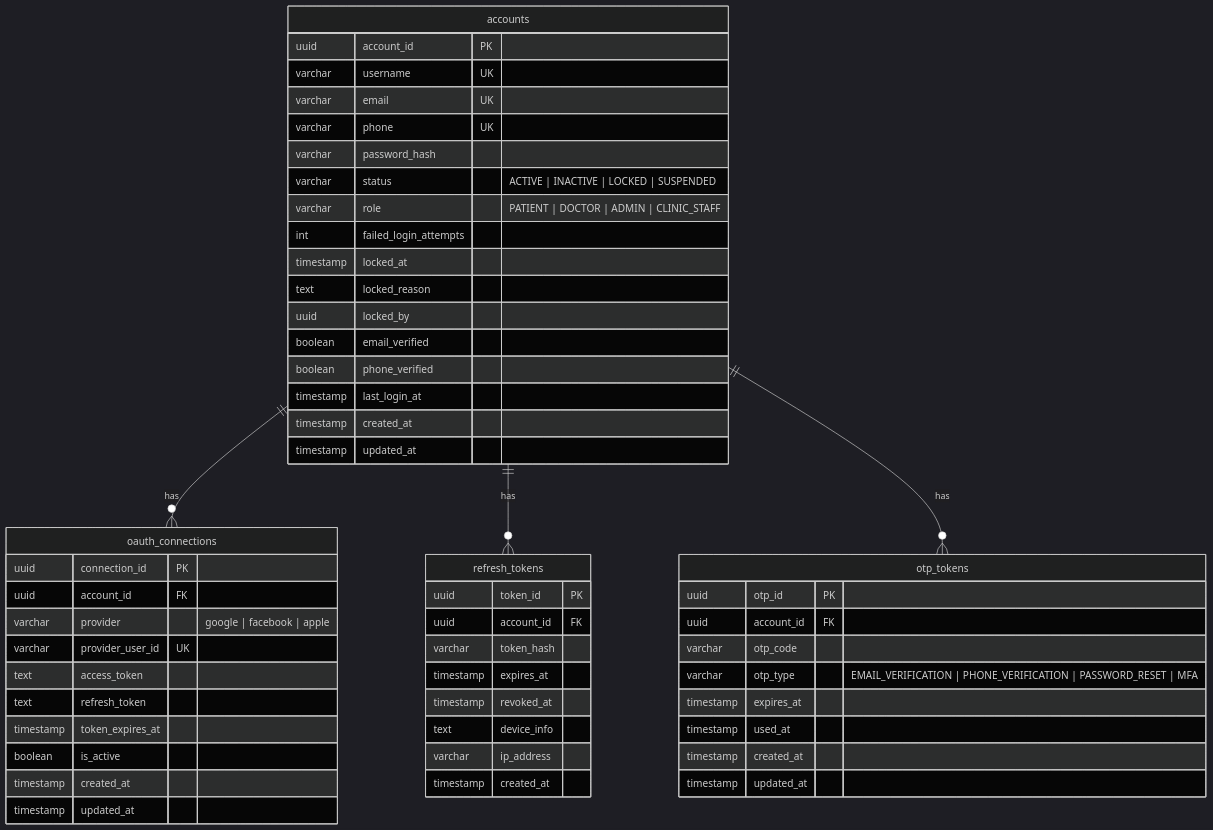
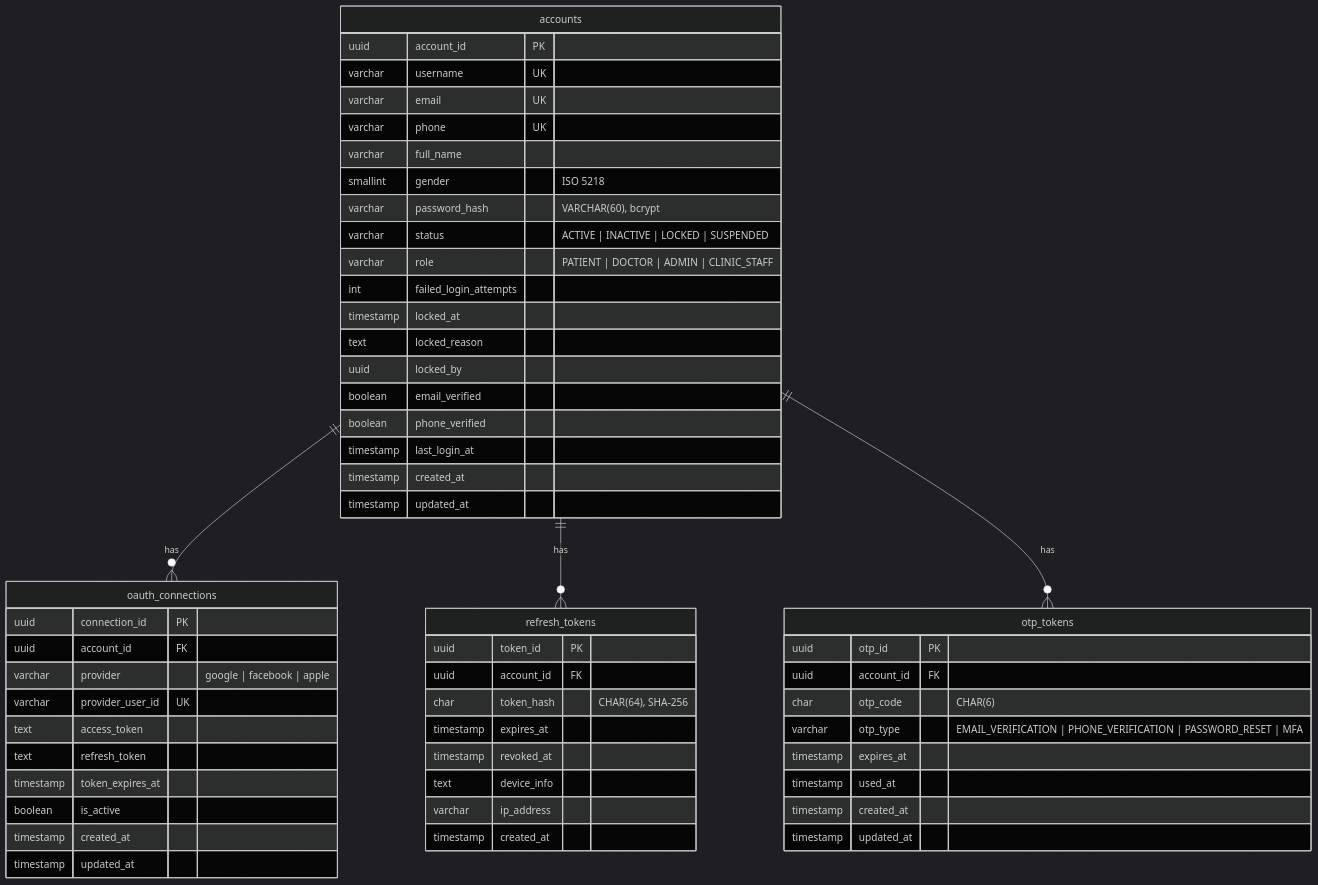
The second of 9 diagrams in docs/architecture/erd.md (LTPPPP/Smart-Medical-Intelligent-Ledger-for-E-health-S.M.I.L.E-), drawn with Mermaid (dark theme) before and after one commit. The commit also changed other lines of this file and 4 other files, not shown here.

First line of the commit message:
update : refresh ERD diagrams and architecture doc to match schemas

````diff
--- a/docs/architecture/erd.md
+++ b/docs/architecture/erd.md
@@ -44,57 +44,59 @@
 ```mermaid
 erDiagram
     accounts ||--o{ oauth_connections : "has"
     accounts ||--o{ refresh_tokens : "has"
     accounts ||--o{ otp_tokens : "has"
 
     accounts {
         uuid account_id PK
         varchar username UK
         varchar email UK
         varchar phone UK
-        varchar password_hash
+        varchar full_name
+        smallint gender "ISO 5218"
+        varchar password_hash "VARCHAR(60), bcrypt"
         varchar status "ACTIVE | INACTIVE | LOCKED | SUSPENDED"
         varchar role "PATIENT | DOCTOR | ADMIN | CLINIC_STAFF"
         int failed_login_attempts
         timestamp locked_at
         text locked_reason
         uuid locked_by
         boolean email_verified
         boolean phone_verified
         timestamp last_login_at
         timestamp created_at
         timestamp updated_at
     }
     oauth_connections {
         uuid connection_id PK
         uuid account_id FK
         varchar provider "google | facebook | apple"
         varchar provider_user_id UK
         text access_token
         text refresh_token
         timestamp token_expires_at
         boolean is_active
         timestamp created_at
         timestamp updated_at
     }
     refresh_tokens {
         uuid token_id PK
         uuid account_id FK
-        varchar token_hash
+        char token_hash "CHAR(64), SHA-256"
         timestamp expires_at
         timestamp revoked_at
         text device_info
         varchar ip_address
         timestamp created_at
     }
     otp_tokens {
         uuid otp_id PK
         uuid account_id FK
-        varchar otp_code
+        char otp_code "CHAR(6)"
         varchar otp_type "EMAIL_VERIFICATION | PHONE_VERIFICATION | PASSWORD_RESET | MFA"
         timestamp expires_at
         timestamp used_at
         timestamp created_at
         timestamp updated_at
     }
 ```
````
